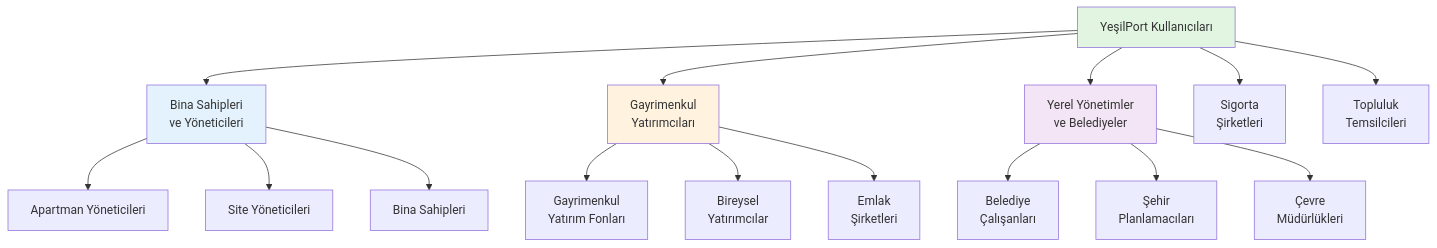
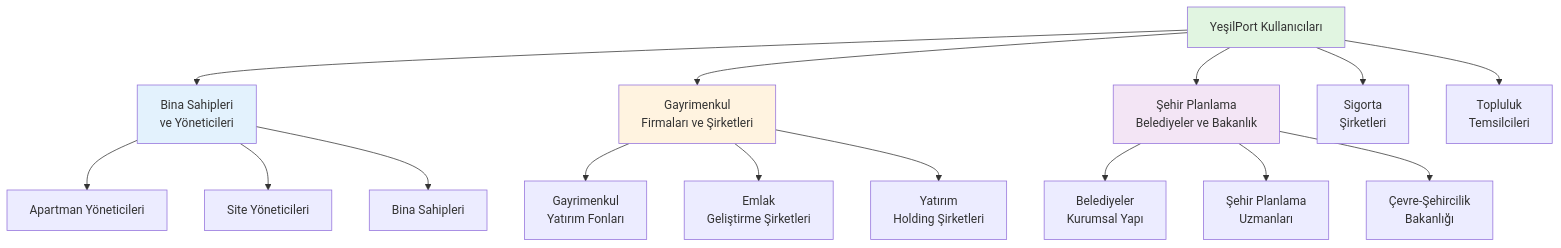
The first of 5 diagrams in doc2.md (enliven17/sgt-YesilPort-dokumantasyon), drawn with Mermaid before and after one commit. The commit also changed other lines of this file, not shown here.

````diff
--- a/doc2.md
+++ b/doc2.md
@@ -13,25 +13,25 @@
 ```mermaid
 graph TD
     A[YeşilPort Kullanıcıları] --> B[Bina Sahipleri<br/>ve Yöneticileri]
-    A --> C[Gayrimenkul<br/>Yatırımcıları]
-    A --> D[Yerel Yönetimler<br/>ve Belediyeler]
+    A --> C[Gayrimenkul<br/>Firmaları ve Şirketleri]
+    A --> D[Şehir Planlama<br/>Belediyeler ve Bakanlık]
     A --> E[Sigorta<br/>Şirketleri]
     A --> F[Topluluk<br/>Temsilcileri]
     
     B --> B1[Apartman Yöneticileri]
     B --> B2[Site Yöneticileri]
     B --> B3[Bina Sahipleri]
     
     C --> C1[Gayrimenkul<br/>Yatırım Fonları]
-    C --> C2[Bireysel<br/>Yatırımcılar]
-    C --> C3[Emlak<br/>Şirketleri]
+    C --> C2[Emlak<br/>Geliştirme Şirketleri]
+    C --> C3[Yatırım<br/>Holding Şirketleri]
     
-    D --> D1[Belediye<br/>Çalışanları]
-    D --> D2[Şehir<br/>Planlamacıları]
-    D --> D3[Çevre<br/>Müdürlükleri]
+    D --> D1[Belediyeler<br/>Kurumsal Yapı]
+    D --> D2[Şehir Planlama<br/>Uzmanları]
+    D --> D3[Çevre-Şehircilik<br/>Bakanlığı]
     
     style A fill:#e1f5e1
     style B fill:#e3f2fd
     style C fill:#fff3e0
     style D fill:#f3e5f5
 ```
````
